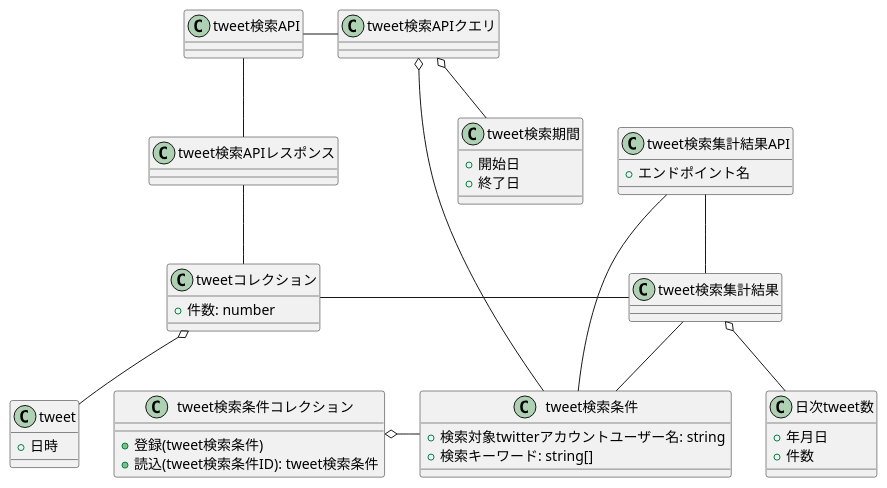
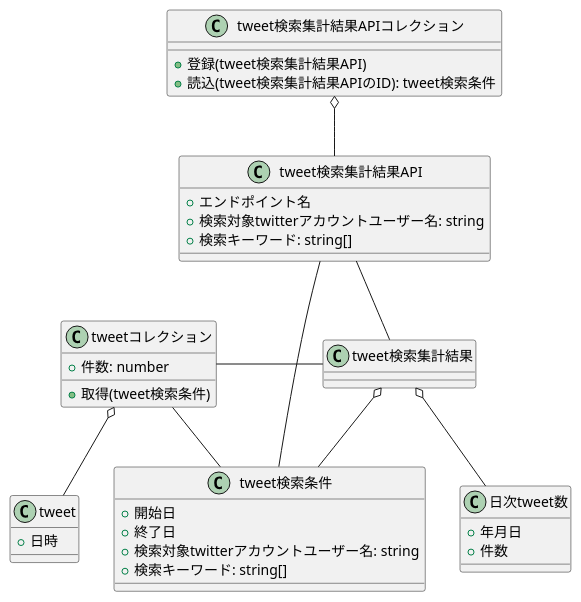
Before and after one commit to wand2016/twitter-counter-api-generator: the diagram in analysis/domain.puml, drawn with PlantUML.

Commit message:
ドメインモデル修正
- インフラの知識をドメインモデルから削除
- 検索条件と検索クエリという語彙のゆれを解消

```diff
--- a/analysis/domain.puml
+++ b/analysis/domain.puml
@@ -1,54 +1,55 @@
 @startuml
 
-class tweet検索条件 {
+class tweet検索集計結果APIコレクション {
+ + 登録(tweet検索集計結果API)
+ + 読込(tweet検索集計結果APIのID): tweet検索条件
+}
+
+class tweet検索集計結果API {
+  + エンドポイント名
   + 検索対象twitterアカウントユーザー名: string
   + 検索キーワード: string[]
 }
 
-class tweet検索条件コレクション{
- + 登録(tweet検索条件)
- + 読込(tweet検索条件ID): tweet検索条件
-}
-tweet検索条件コレクション o- tweet検索条件
+tweet検索集計結果APIコレクション o-- tweet検索集計結果API
 
-class tweet検索期間{
+
+class tweet検索条件{
   + 開始日
   + 終了日
+  + 検索対象twitterアカウントユーザー名: string
+  + 検索キーワード: string[]
 }
+
+tweet検索集計結果API -- tweet検索条件
+
+
 
 class tweet {
   + 日時
 }
 
 class tweetコレクション{
   + 件数: number
+  + 取得(tweet検索条件)
 }
 
-class tweet検索API
-tweet検索API -d- tweet検索APIレスポンス
-tweet検索APIレスポンス -- tweetコレクション
 tweetコレクション o-d- tweet
 
-class tweet検索APIクエリ
-tweet検索APIクエリ o-d- tweet検索期間
-tweet検索APIクエリ o-d- tweet検索条件
-
-tweet検索API - tweet検索APIクエリ
 
 class tweet検索集計結果
-tweet検索集計結果 -- tweet検索条件
+tweet検索集計結果 o-- tweet検索条件
 tweetコレクション -r- tweet検索集計結果
 class 日次tweet数 {
   + 年月日
   + 件数
 }
+
+
+tweet検索条件 -- tweetコレクション
+
 tweet検索集計結果 o-d- 日次tweet数
-
-class tweet検索集計結果API {
-  + エンドポイント名
-}
-
-tweet検索集計結果API -- tweet検索条件
 tweet検索集計結果API -- tweet検索集計結果
 
+
 @enduml
```
